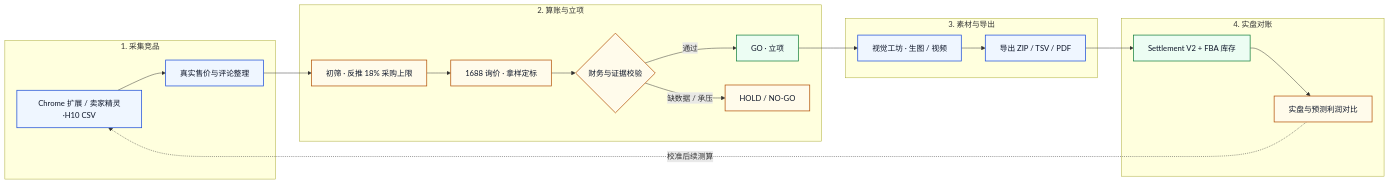
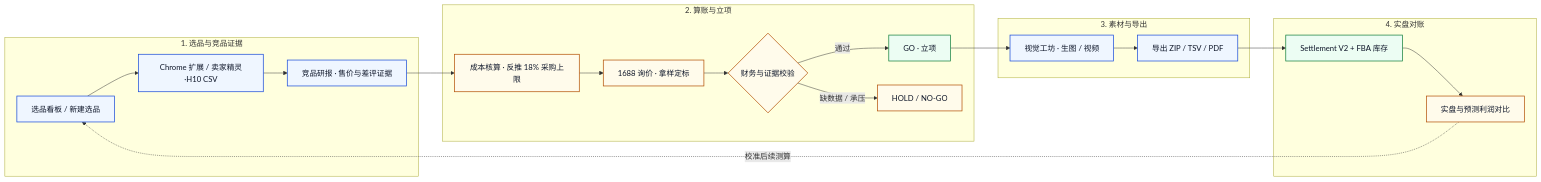
The diagram in README.md (BeyChan/AITrade), drawn with Mermaid before and after one commit. The commit also changed other lines of this file and 19 other files, not shown here.

````diff
--- a/README.md
+++ b/README.md
@@ -32,34 +34,35 @@
 ```mermaid
 flowchart LR
-    subgraph S1["1. 采集竞品"]
-        A1["Chrome 扩展 / 卖家精灵·H10 CSV"] --> A2["真实售价与评论整理"]
+    subgraph S1["1. 选品与竞品证据"]
+        A1["选品看板 / 新建选品"] --> A2["Chrome 扩展 / 卖家精灵·H10 CSV"]
+        A2 --> A3["竞品研报 · 售价与差评证据"]
     end
 
     subgraph S2["2. 算账与立项"]
-        B1["初筛 · 反推 18% 采购上限"] --> B2["1688 询价 · 拿样定标"]
+        B1["成本核算 · 反推 18% 采购上限"] --> B2["1688 询价 · 拿样定标"]
         B2 --> B3{"财务与证据校验"}
         B3 -->|"通过"| B4["GO · 立项"]
         B3 -->|"缺数据 / 承压"| B5["HOLD / NO-GO"]
     end
 
     subgraph S3["3. 素材与导出"]
         C1["视觉工坊 · 生图 / 视频"] --> C2["导出 ZIP / TSV / PDF"]
     end
 
     subgraph S4["4. 实盘对账"]
         D1["Settlement V2 + FBA 库存"] --> D2["实盘与预测利润对比"]
     end
 
-    A2 --> B1
+    A3 --> B1
     B4 --> C1
     C2 --> D1
     D2 -.->|"校准后续测算"| A1
 
     classDef primary fill:#eff6ff,stroke:#1d4ed8,color:#0f172a,stroke-width:1.5px;
     classDef success fill:#ecfdf3,stroke:#15803d,color:#0f172a,stroke-width:1.5px;
     classDef warn fill:#fffbeb,stroke:#b45309,color:#0f172a,stroke-width:1.5px;
 
-    class A1,A2,C1,C2 primary;
+    class A1,A2,A3,C1,C2 primary;
     class B4,D1 success;
     class B1,B2,B3,B5,D2 warn;
 ```
````
